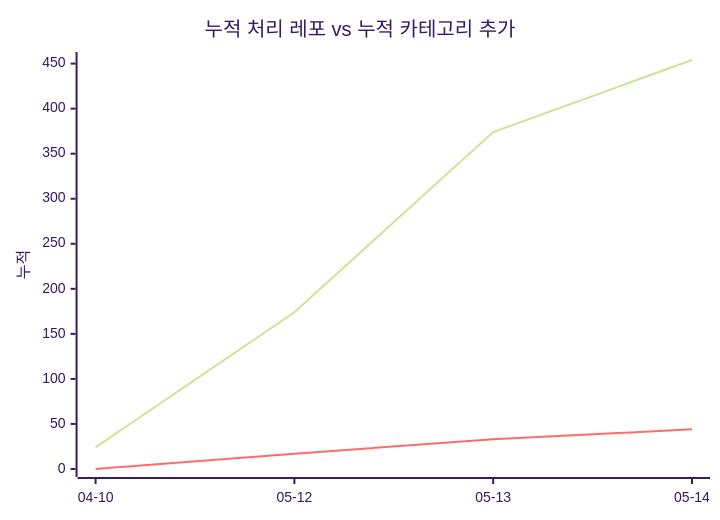
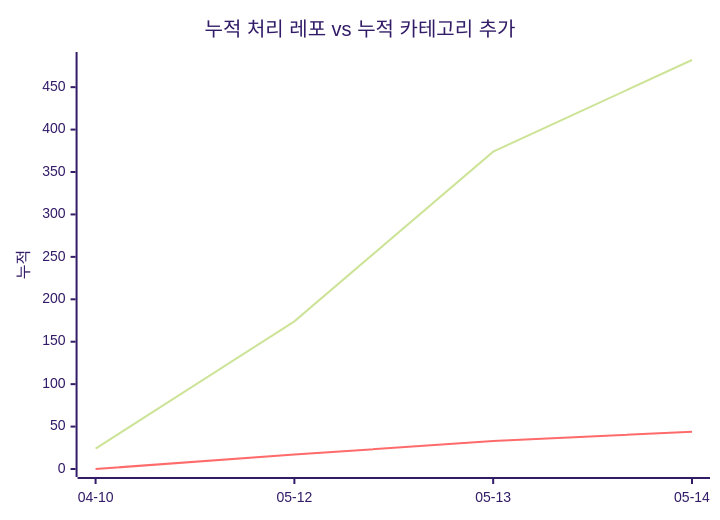
The second of 2 diagrams in docs/trends.md (J-nowcow/awesome-korean-agent-skills), drawn with Mermaid (forest theme) before and after one commit. The commit also changed other lines of this file and 2 other files, not shown here.

````diff
--- a/docs/trends.md
+++ b/docs/trends.md
@@ -58,8 +58,8 @@
 ```mermaid
 xychart-beta
     title "누적 처리 레포 vs 누적 카테고리 추가"
     x-axis ["04-10","05-12","05-13","05-14"]
     y-axis "누적"
-    line [24,174,374,454]
+    line [24,174,374,482]
     line [0,17,33,44]
 ```
````
